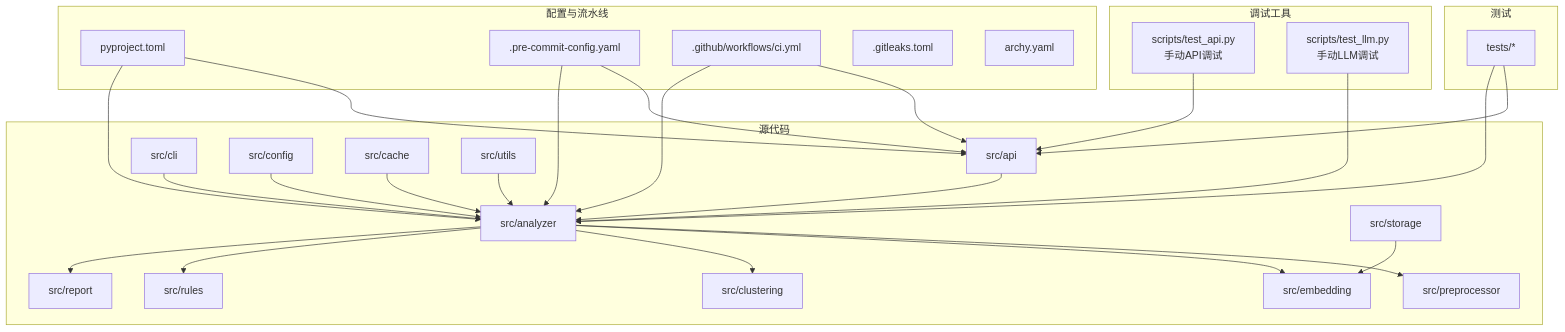
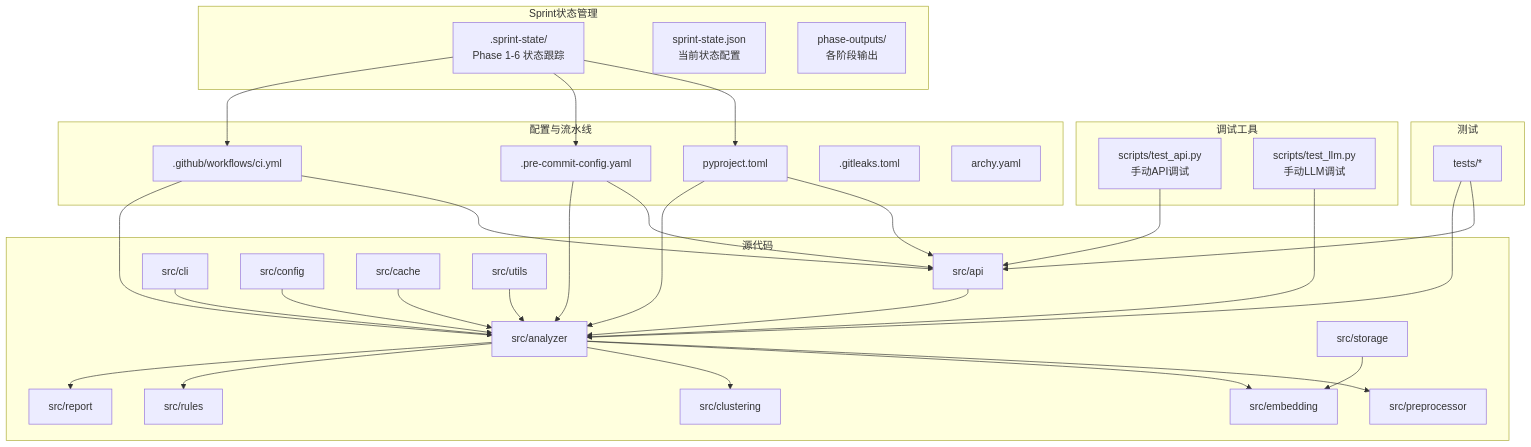
The first of 6 diagrams in .qoder/repowiki/zh/content/开发指南/开发指南.md (boyingliu01/fault-review-analyzer), drawn with Mermaid before and after one commit. The commit also changed other lines of this file and 125 other files, not shown here.

````diff
--- a/.qoder/repowiki/zh/content/开发指南/开发指南.md
+++ b/.qoder/repowiki/zh/content/开发指南/开发指南.md
@@ -44,40 +46,48 @@
 ```mermaid
 graph TB
 subgraph "源代码"
 A["src/api"] --> B["src/analyzer"]
 B --> C["src/preprocessor"]
 B --> D["src/embedding"]
 B --> E["src/clustering"]
 B --> F["src/rules"]
 B --> G["src/report"]
 H["src/cli"] --> B
 I["src/config"] --> B
 J["src/cache"] --> B
 K["src/storage"] --> D
 L["src/utils"] --> B
 end
 subgraph "测试"
 T1["tests/*"]
 end
 subgraph "调试工具"
 S1["scripts/test_api.py<br/>手动API调试"]
 S2["scripts/test_llm.py<br/>手动LLM调试"]
 end
+subgraph "Sprint状态管理"
+SP1[".sprint-state/<br/>Phase 1-6 状态跟踪"]
+SP2["sprint-state.json<br/>当前状态配置"]
+SP3["phase-outputs/<br/>各阶段输出"]
+end
 subgraph "配置与流水线"
 P1["pyproject.toml"]
 P2[".pre-commit-config.yaml"]
 P3[".github/workflows/ci.yml"]
 P4[".gitleaks.toml"]
 P5["archy.yaml"]
 end
 T1 --> A
 T1 --> B
 S1 --> A
 S2 --> B
+SP1 --> P1
+SP1 --> P2
+SP1 --> P3
 P1 --> A
 P1 --> B
 P2 --> A
 P2 --> B
 P3 --> A
 P3 --> B
 ```
````
